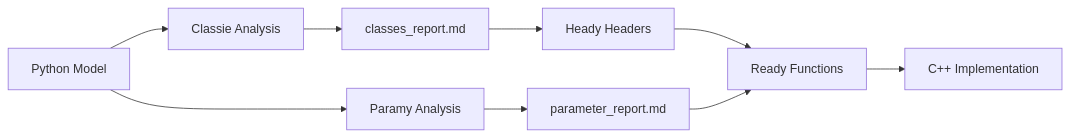
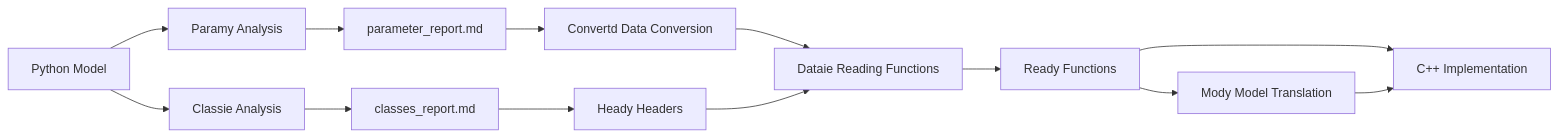
One commit to marsguo2049/Py2Cpp4OR changed the diagram in agent.md. Above: the diagram before and after it, drawn with Mermaid. The commit also changed other lines of this file, not shown here.

````diff
--- a/agent.md
+++ b/agent.md
@@ -238,11 +247,15 @@
 ```mermaid
 graph LR
     A[Python Model] --> B[Paramy Analysis]
     A --> C[Classie Analysis]
     B --> D[parameter_report.md]
     C --> E[classes_report.md]
     E --> F[Heady Headers]
-    F --> G[Ready Functions]
-    D --> G
-    G --> H[C++ Implementation]
+    D --> G[Convertd Data Conversion]
+    G --> H[Dataie Reading Functions]
+    F --> H
+    H --> I[Ready Functions]
+    I --> J[C++ Implementation]
+    I --> K[Mody Model Translation]
+    K --> J
 ```
````
